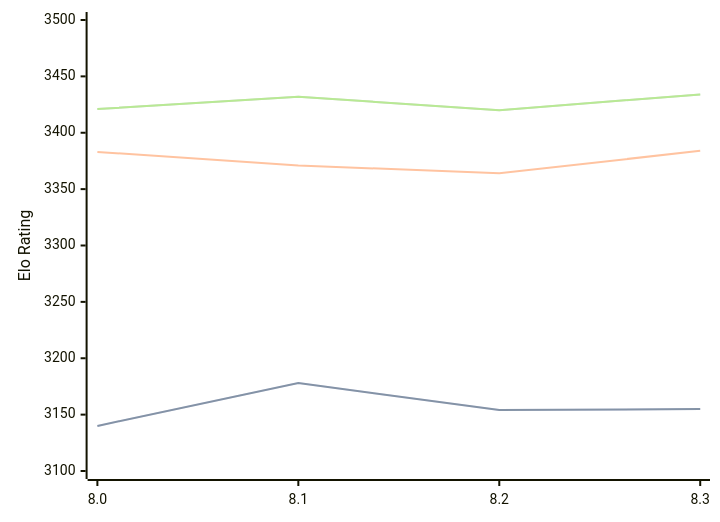
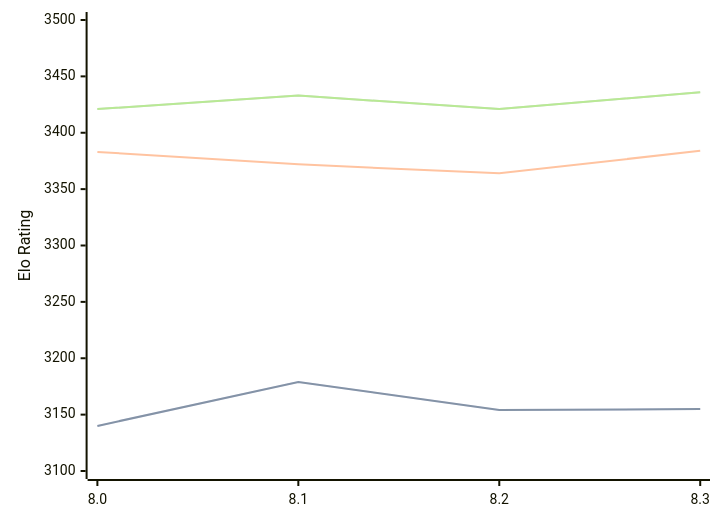
The diagram in engines/Alexander.md (computer-chess-index/cci), drawn with Mermaid before and after one commit. The commit also changed other lines of this file, not shown here.

Commit message:
Update CCI Ratings (ELO VLTC) - 2026-09-09

````diff
--- a/engines/Alexander.md
+++ b/engines/Alexander.md
@@ -34,11 +34,11 @@
 ```mermaid
 %%{init: {"theme":"base","themeVariables":{"seriesColors:['#a3a3a3','#222221','#faa371']}}}%%
 xychart-beta
   x-axis ["8.0", "8.1", "8.2", "8.3"]
   y-axis "Elo Rating" 3100 --> 3500
-  line "" [3140, 3178, 3154, 3155]
-  line "STC (8.0+0.08s)" [3140, 3178, 3154, 3155]
-  line "LTC (60.0+0.60s)" [3383, 3371, 3364, 3384]
-  line "" [3421, 3432, 3420, 3434]
-  line "VLTC (2m24s+1.12s)" [3421, 3432, 3420, 3434]
+  line "" [3140, 3179, 3154, 3155]
+  line "STC (8.0+0.08s)" [3140, 3179, 3154, 3155]
+  line "LTC (60.0+0.60s)" [3383, 3372, 3364, 3384]
+  line "" [3421, 3433, 3421, 3436]
+  line "VLTC (2m24s+1.12s)" [3421, 3433, 3421, 3436]
 ```
````
